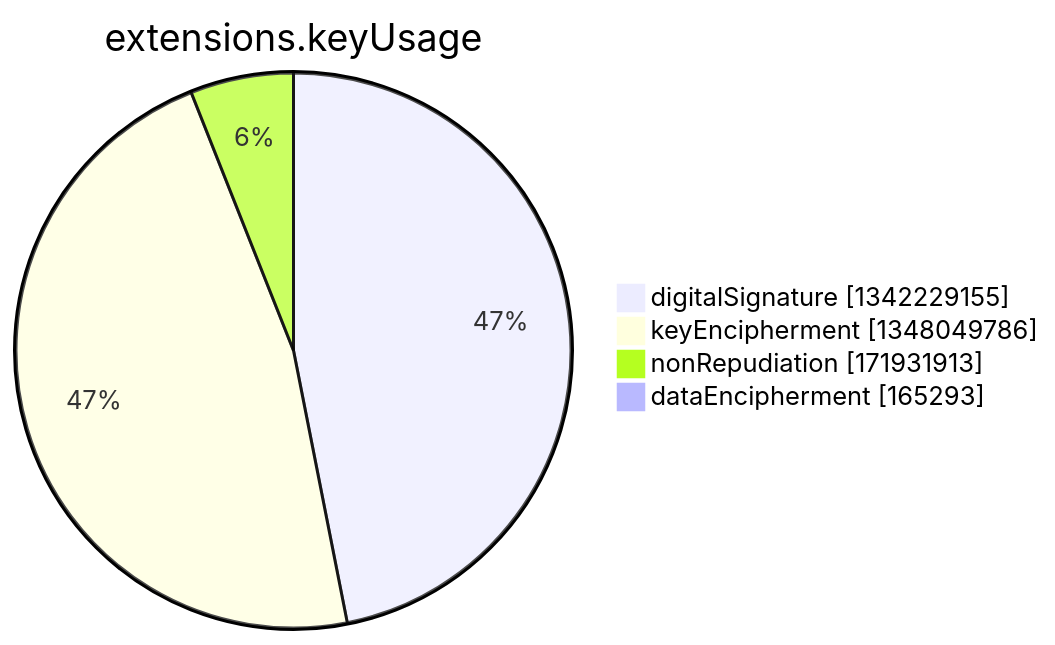
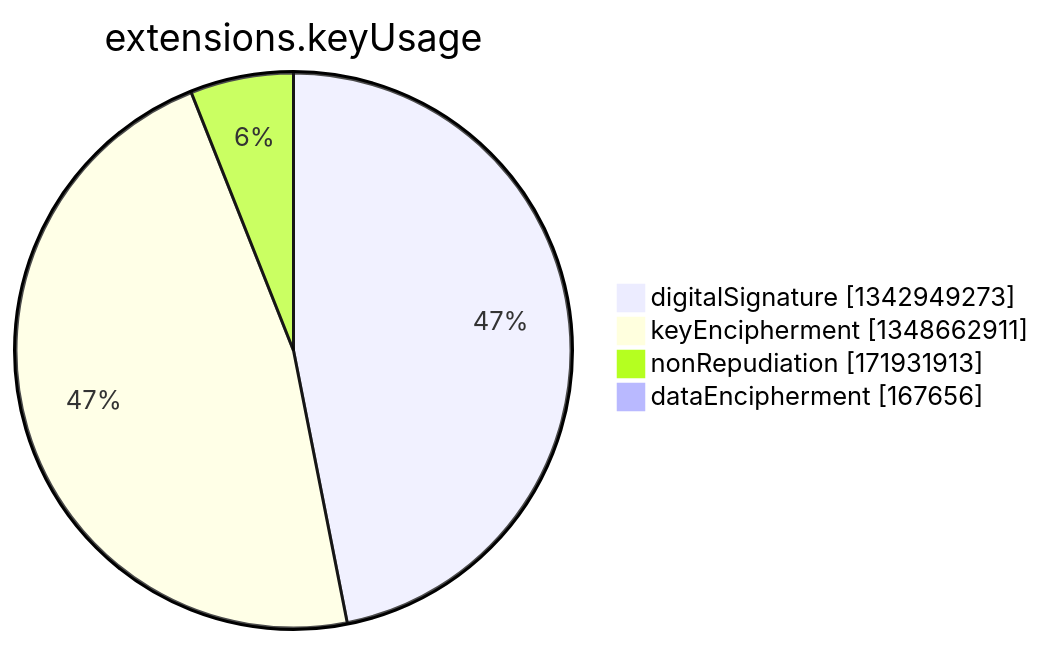
Before and after one commit to christiankrug/ctmonitor_visualization: the seventh of 15 diagrams in argon2022/README.md, drawn with Mermaid. The commit also changed other lines of this file, not shown here.

````diff
--- a/argon2022/README.md
+++ b/argon2022/README.md
@@ -2750,8 +2750,8 @@
 ```mermaid
 pie showData
 title extensions.keyUsage
-"digitalSignature" :1342229155
-"keyEncipherment" :1348049786
+"digitalSignature" :1342949273
+"keyEncipherment" :1348662911
 "nonRepudiation" :171931913
-"dataEncipherment" :165293
+"dataEncipherment" :167656
 ```
````
